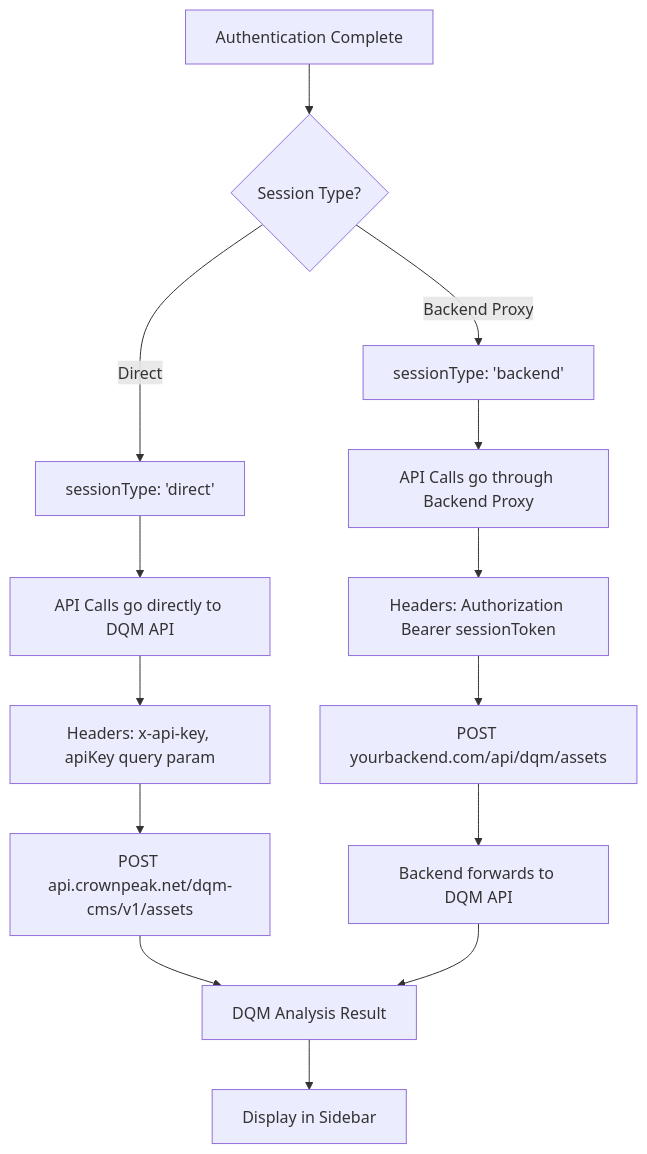
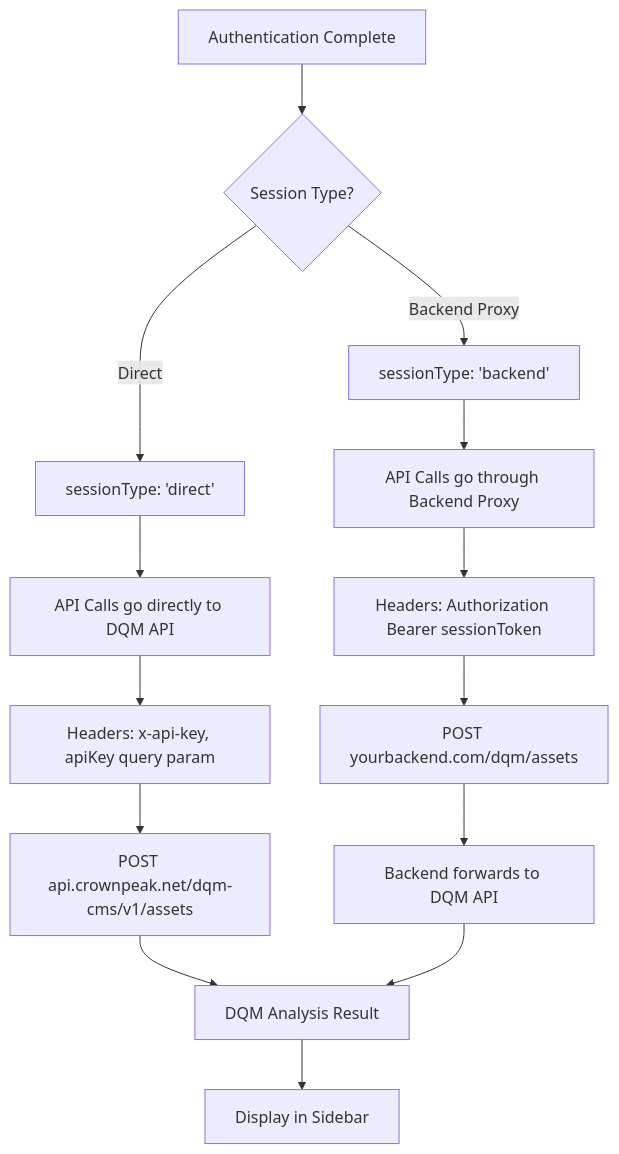
One commit to Crownpeak/dqm-react-component changed the second of 2 diagrams in docs/AUTHENTICATION.md. Above: the diagram before and after it, drawn with Mermaid. The commit also changed other lines of this file and 75 other files, not shown here.

````diff
--- a/docs/AUTHENTICATION.md
+++ b/docs/AUTHENTICATION.md
@@ -71,20 +33,20 @@
 ```mermaid
 flowchart TD
     A[Authentication Complete] --> B{Session Type?}
     
     B -->|Direct| C[sessionType: 'direct']
     B -->|Backend Proxy| D[sessionType: 'backend']
     
     C --> E[API Calls go directly to DQM API]
     E --> F[Headers: x-api-key, apiKey query param]
     F --> G[POST api.crownpeak.net/dqm-cms/v1/assets]
     
     D --> H[API Calls go through Backend Proxy]
     H --> I[Headers: Authorization Bearer sessionToken]
-    I --> J[POST yourbackend.com/api/dqm/assets]
+    I --> J[POST yourbackend.com/dqm/assets]
     J --> K[Backend forwards to DQM API]
     
     G --> L[DQM Analysis Result]
     K --> L
     L --> M[Display in Sidebar]
 ```
````
